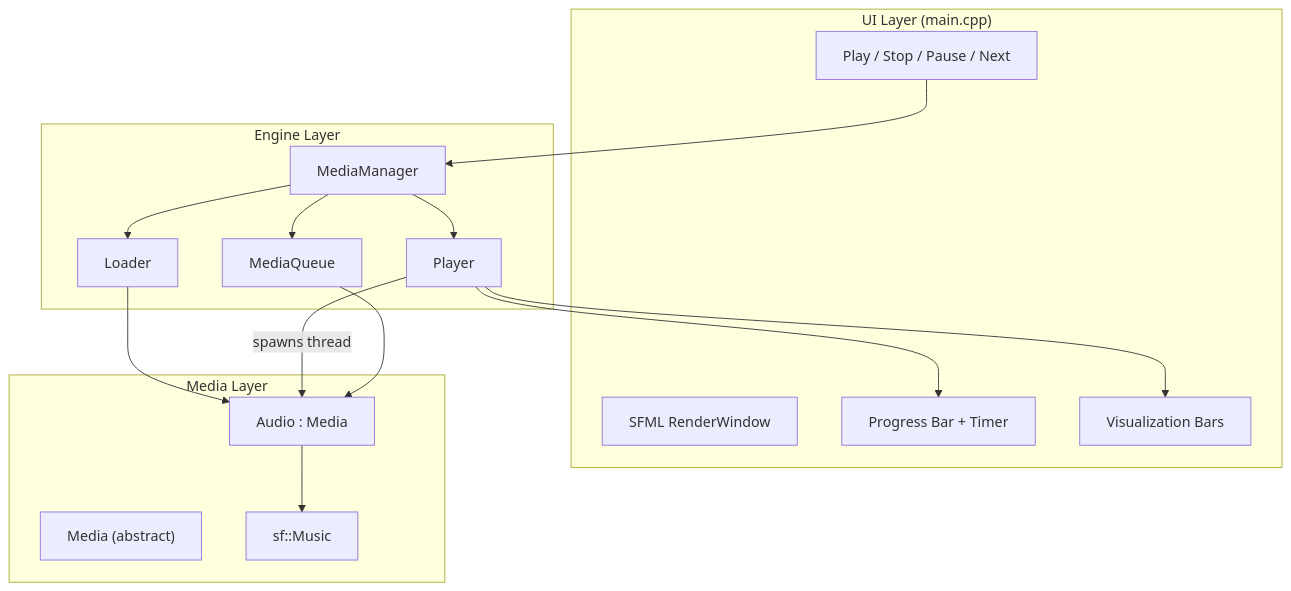
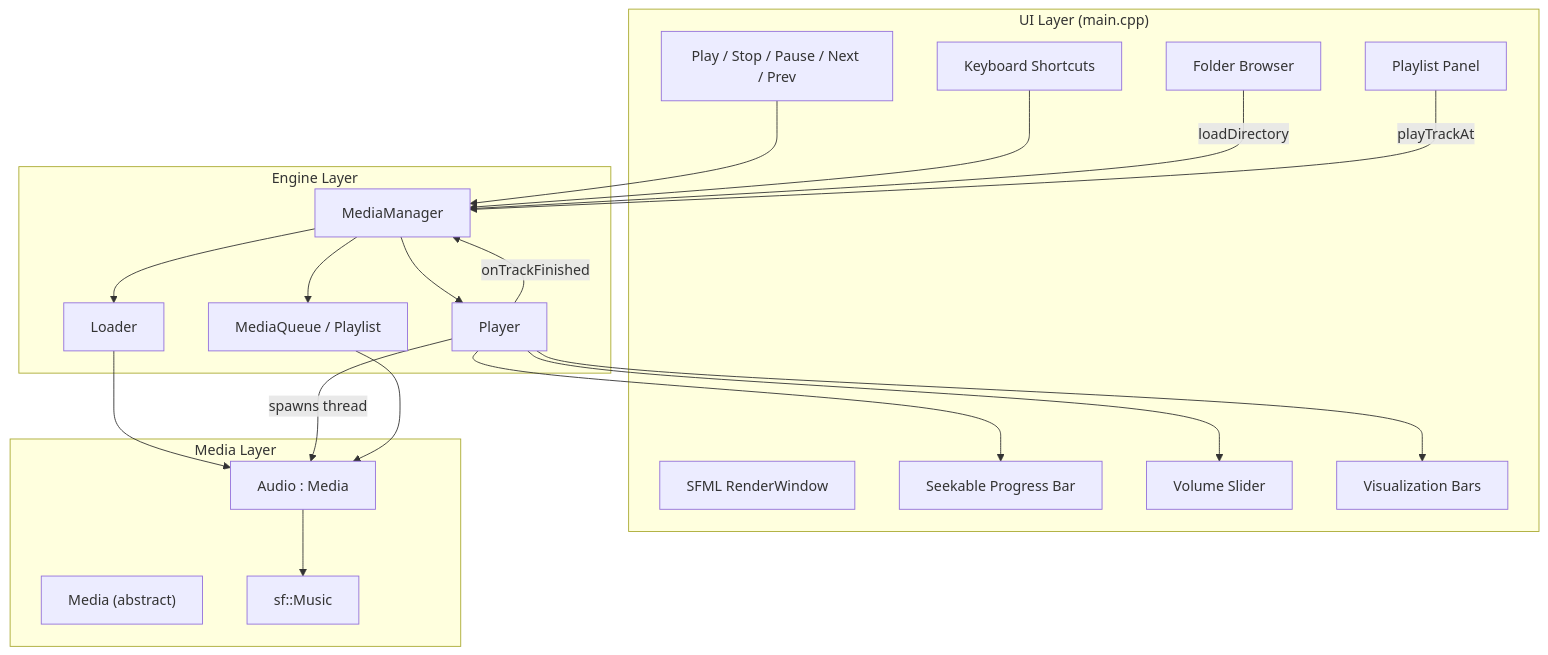
Before and after one commit to hariharanragothaman/mediaPlayer: the second of 2 diagrams in README.md, drawn with Mermaid. The commit also changed other lines of this file and 11 other files, not shown here.

First line of the commit message:
Add Tier 1 features: seek, volume, playlist, folder browser, keyboard shortcuts

````diff
--- a/README.md
+++ b/README.md
@@ -129,33 +154,42 @@
 ```mermaid
 graph TB
     subgraph UI ["UI Layer (main.cpp)"]
         Window[SFML RenderWindow]
-        Buttons[Play / Stop / Pause / Next]
-        ProgressBar[Progress Bar + Timer]
+        Buttons[Play / Stop / Pause / Next / Prev]
+        ProgressBar[Seekable Progress Bar]
+        Volume[Volume Slider]
+        Playlist[Playlist Panel]
+        Browser[Folder Browser]
         Viz[Visualization Bars]
+        KBD[Keyboard Shortcuts]
     end
 
     subgraph Engine ["Engine Layer"]
         MM[MediaManager]
         Player[Player]
-        Queue[MediaQueue]
+        Queue[MediaQueue / Playlist]
         Loader[Loader]
     end
 
     subgraph Media ["Media Layer"]
         MediaBase["Media (abstract)"]
         Audio[Audio : Media]
         SFMusic[sf::Music]
     end
 
     Buttons --> MM
+    KBD --> MM
+    Browser -->|loadDirectory| MM
+    Playlist -->|playTrackAt| MM
     MM --> Player
     MM --> Queue
     MM --> Loader
     Loader --> Audio
     Audio --> SFMusic
     Player -->|spawns thread| Audio
+    Player -->|onTrackFinished| MM
     Player --> ProgressBar
+    Player --> Volume
     Player --> Viz
     Queue --> Audio
 ```
````
